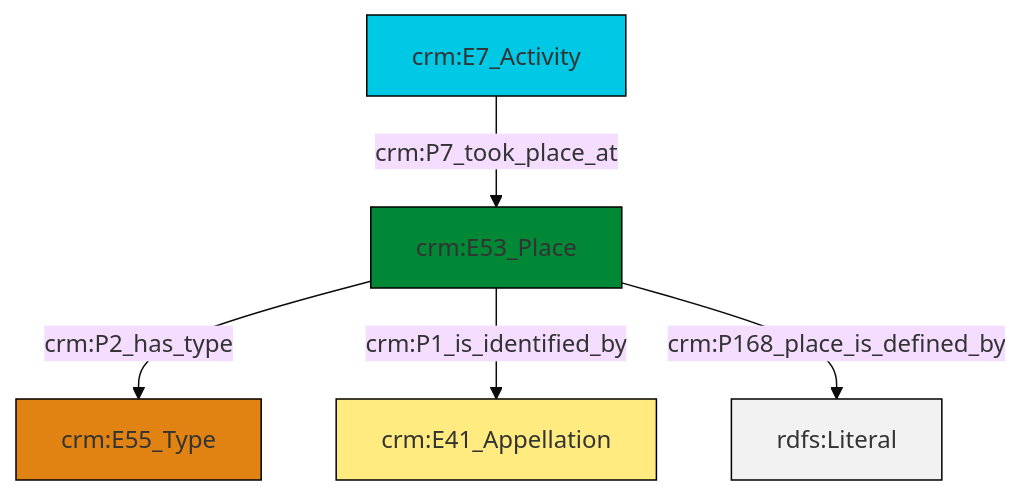
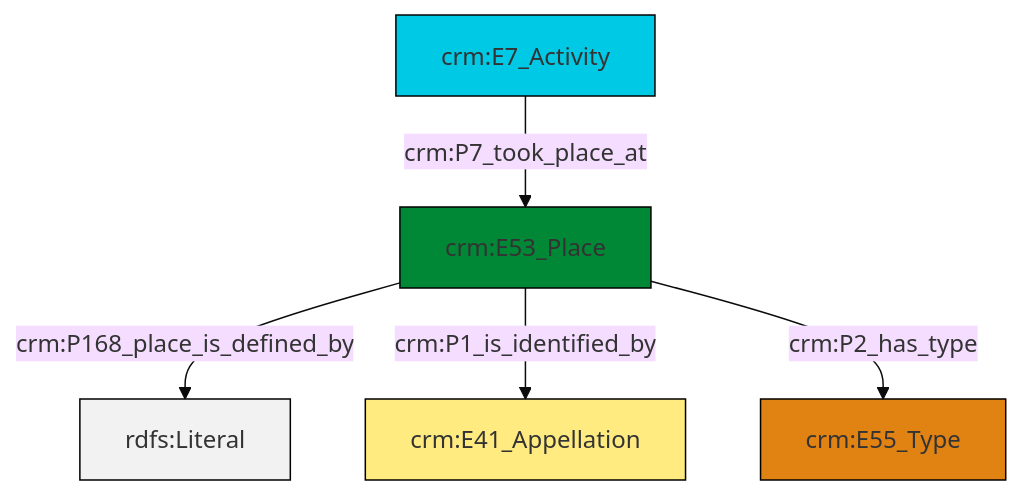
The diagram in et/eventCSV/ttl/mmd/event_location.ttl.mmd (swiss-art-research-net/docs.swissartresearch), drawn with Mermaid (base theme) before and after one commit. The commit also changed 175 other files, not shown here.

```diff
--- a/et/eventCSV/ttl/mmd/event_location.ttl.mmd
+++ b/et/eventCSV/ttl/mmd/event_location.ttl.mmd
@@ -1,19 +1,19 @@
 graph TD
 classDef Literal fill:#f2f2f2,stroke:#000000;
 classDef CRM_Entity fill:#FFFFFF,stroke:#000000;
 classDef Temporal_Entity fill:#00C9E6, stroke:#000000;
 classDef Type fill:#E18312, stroke:#000000;
 classDef Time-Span fill:#2C9C91, stroke:#000000;
 classDef Appellation fill:#FFEB7F, stroke:#000000;
 classDef Place fill:#008836, stroke:#000000;
 classDef Persistent_Item fill:#B266B2, stroke:#000000;
 classDef Conceptual_Object fill:#FFD700, stroke:#000000;
 classDef Physical_Thing fill:#D2B48C, stroke:#000000;
 classDef Actor fill:#f58aad, stroke:#000000;
 classDef PC_Classes fill:#4ce600, stroke:#000000;
 classDef Multi fill:#cccccc,stroke:#000000;
 
-0["crm:E53_Place"]:::Place -->|crm:P2_has_type| 1["crm:E55_Type"]:::Type
-3["crm:E7_Activity"]:::Temporal_Entity -->|crm:P7_took_place_at| 0["crm:E53_Place"]:::Place
-0["crm:E53_Place"]:::Place -->|crm:P1_is_identified_by| 5["crm:E41_Appellation"]:::Appellation
-0["crm:E53_Place"]:::Place -->|crm:P168_place_is_defined_by| 6[rdfs:Literal]:::Literal
+0["crm:E7_Activity"]:::Temporal_Entity -->|crm:P7_took_place_at| 2["crm:E53_Place"]:::Place
+2["crm:E53_Place"]:::Place -->|crm:P168_place_is_defined_by| 3[rdfs:Literal]:::Literal
+2["crm:E53_Place"]:::Place -->|crm:P1_is_identified_by| 4["crm:E41_Appellation"]:::Appellation
+2["crm:E53_Place"]:::Place -->|crm:P2_has_type| 6["crm:E55_Type"]:::Type
```
